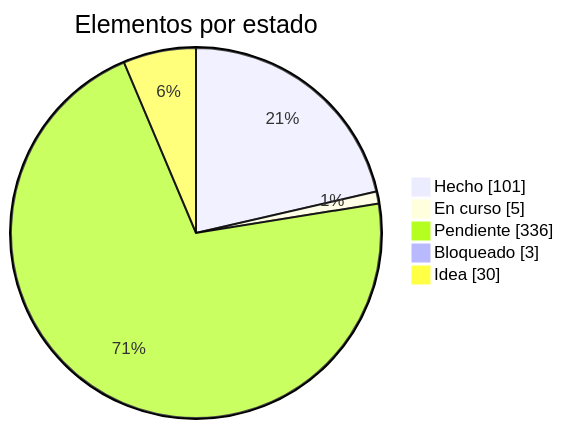
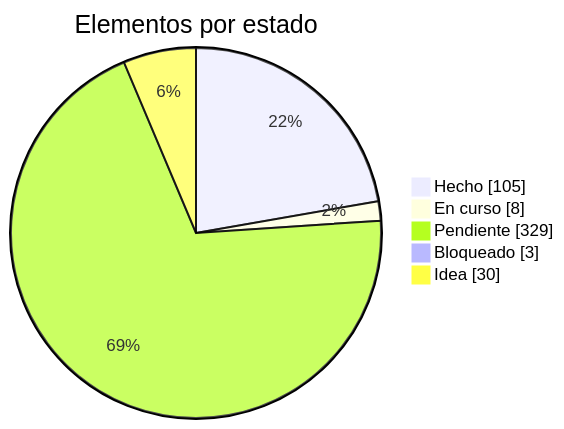
The first of 2 diagrams in docs/roadmap.md (dariogea/BM27), drawn with Mermaid before and after one commit. The commit also changed other lines of this file and 35 other files, not shown here.

````diff
--- a/docs/roadmap.md
+++ b/docs/roadmap.md
@@ -13,8 +13,8 @@
 ```mermaid
 pie showData title Elementos por estado
-  "Hecho" : 101
-  "En curso" : 5
-  "Pendiente" : 336
+  "Hecho" : 105
+  "En curso" : 8
+  "Pendiente" : 329
   "Bloqueado" : 3
   "Idea" : 30
 ```
````
